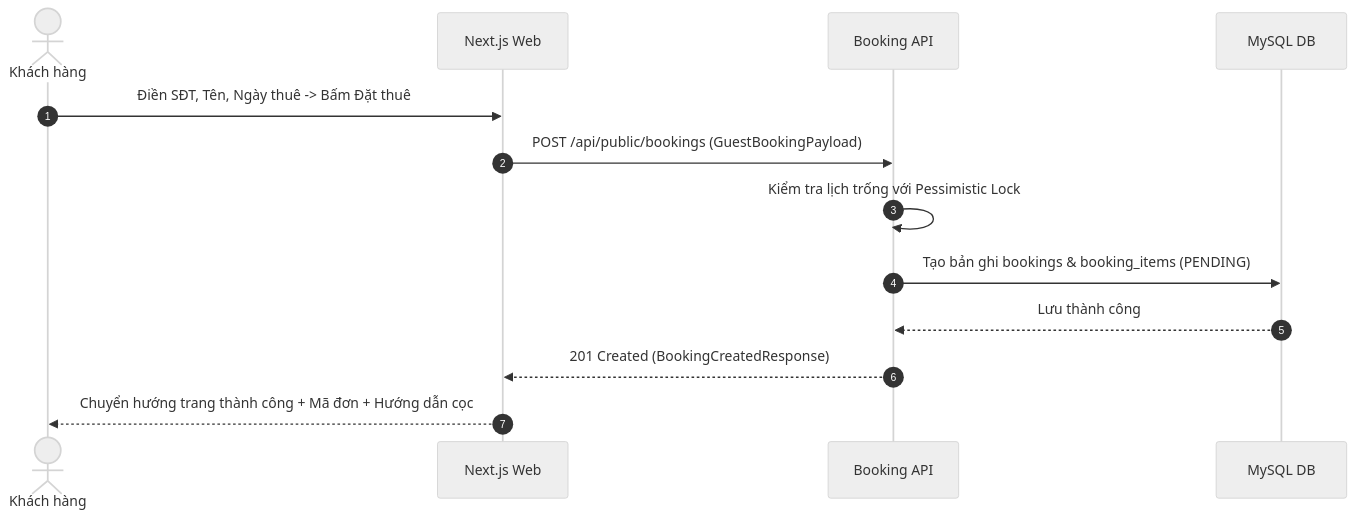
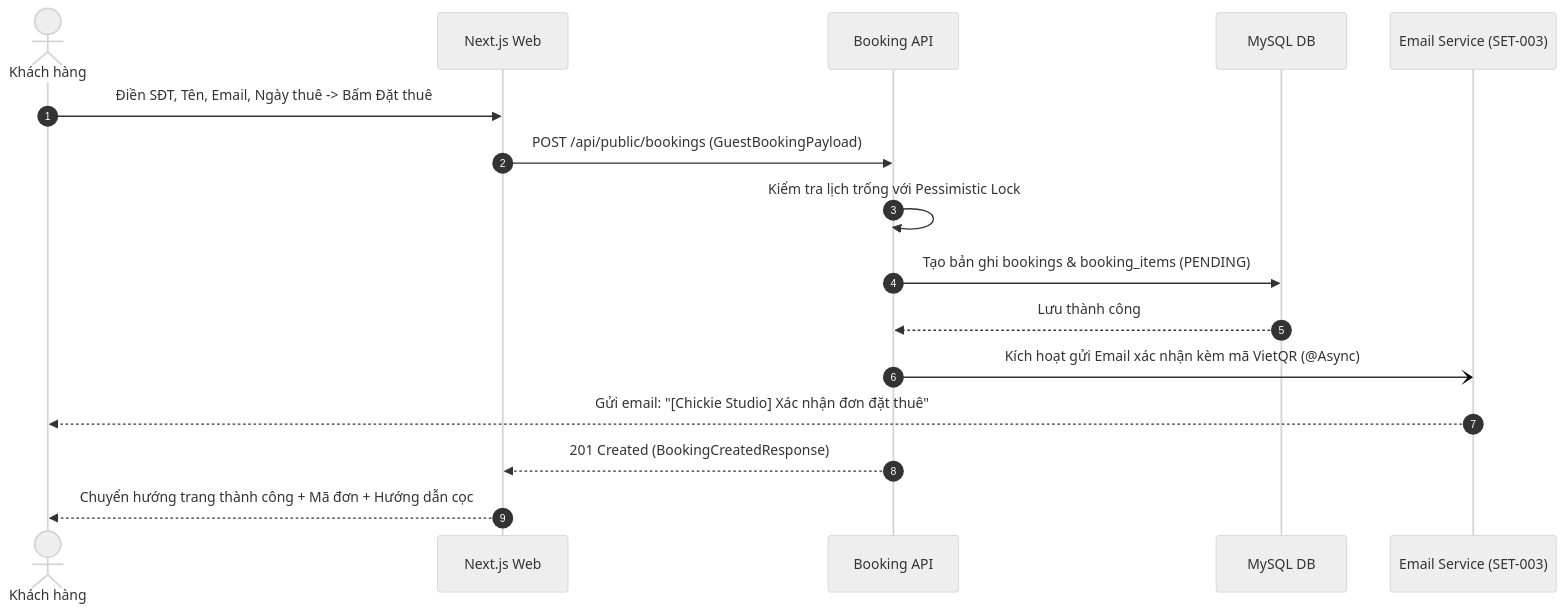
Before and after one commit to Exorcist11/chickie-studio: the diagram in docs/features/booking/BOK-001-dat-thue-tren-client.md, drawn with Mermaid (neutral theme). The commit also changed other lines of this file and 16 other files, not shown here.

````diff
--- a/docs/features/booking/BOK-001-dat-thue-tren-client.md
+++ b/docs/features/booking/BOK-001-dat-thue-tren-client.md
@@ -39,16 +40,19 @@
 ```mermaid
 sequenceDiagram
     autonumber
     actor Customer as Khách hàng
     participant Client as Next.js Web
     participant API as Booking API
     participant DB as MySQL DB
+    participant Mailer as Email Service (SET-003)
 
-    Customer->>Client: Điền SĐT, Tên, Ngày thuê -> Bấm Đặt thuê
+    Customer->>Client: Điền SĐT, Tên, Email, Ngày thuê -> Bấm Đặt thuê
     Client->>API: POST /api/public/bookings (GuestBookingPayload)
     API->>API: Kiểm tra lịch trống với Pessimistic Lock
     API->>DB: Tạo bản ghi bookings & booking_items (PENDING)
     DB-->>API: Lưu thành công
+    API-)Mailer: Kích hoạt gửi Email xác nhận kèm mã VietQR (@Async)
+    Mailer-->>Customer: Gửi email: "[Chickie Studio] Xác nhận đơn đặt thuê"
     API-->>Client: 201 Created (BookingCreatedResponse)
     Client-->>Customer: Chuyển hướng trang thành công + Mã đơn + Hướng dẫn cọc
 ```
````
